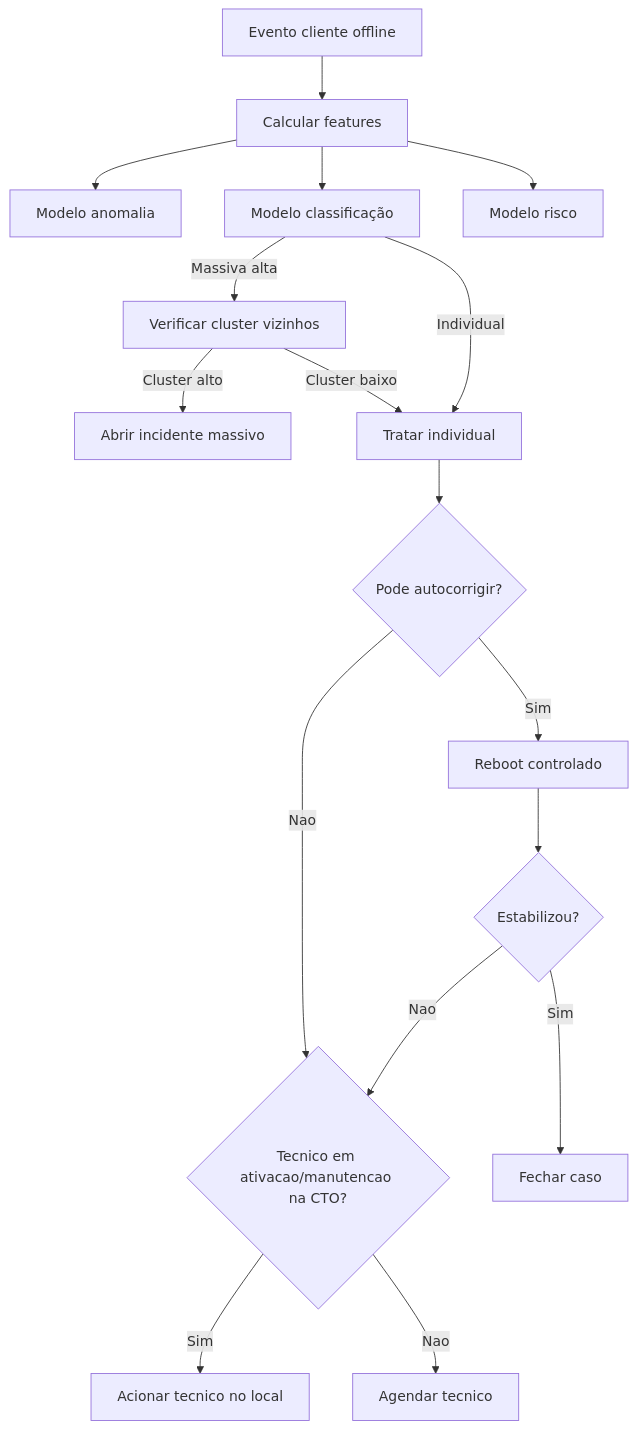
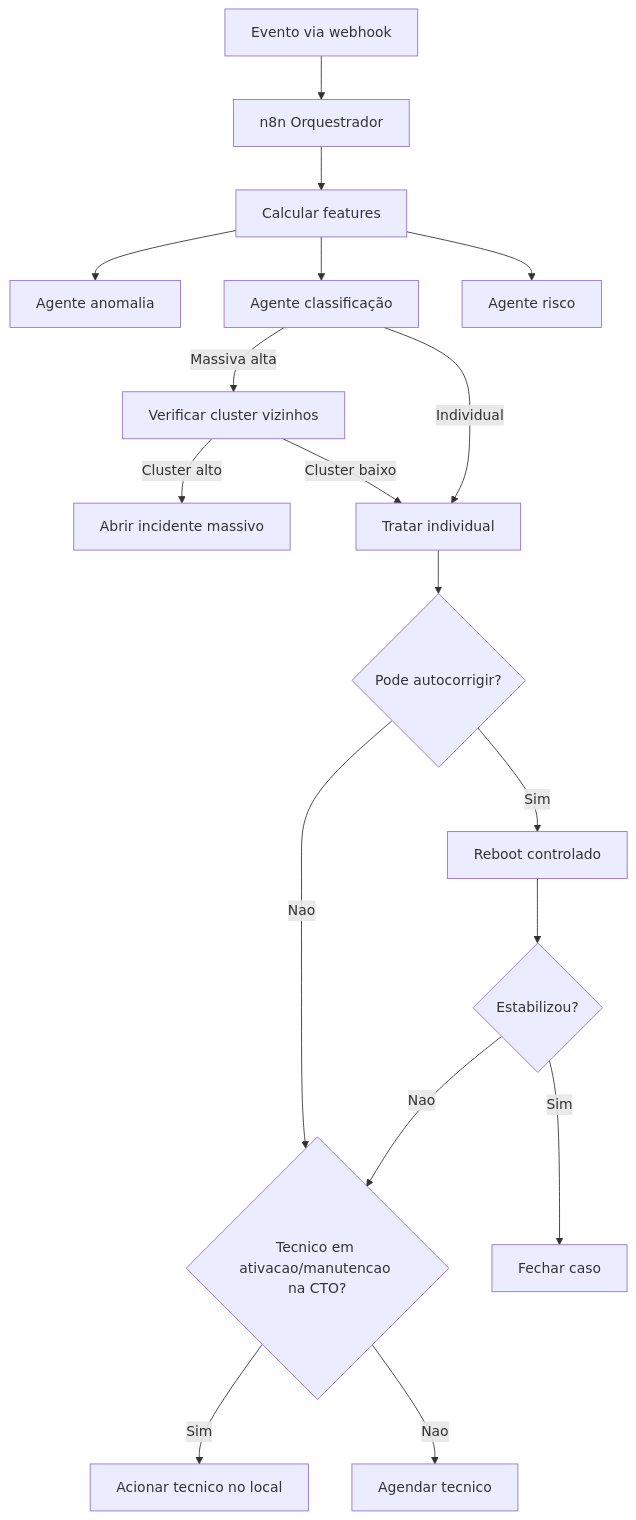
One commit to murylomarques/AI_Network_Guardian changed the second of 5 diagrams in README.md. Above: the diagram before and after it, drawn with Mermaid. The commit also changed other lines of this file, not shown here.

````diff
--- a/README.md
+++ b/README.md
@@ -148,23 +151,24 @@
 ```mermaid
 flowchart TD
-  S[Evento cliente offline] --> F1[Calcular features]
-  F1 --> M1[Modelo anomalia]
-  F1 --> M2[Modelo classificação]
-  F1 --> M3[Modelo risco]
+  S[Evento via webhook] --> N8N[n8n Orquestrador]
+  N8N --> F1[Calcular features]
+  F1 --> M1[Agente anomalia]
+  F1 --> M2[Agente classificação]
+  F1 --> M3[Agente risco]
 
   M2 -->|Massiva alta| X1[Verificar cluster vizinhos]
   X1 -->|Cluster alto| A1[Abrir incidente massivo]
   X1 -->|Cluster baixo| I1[Tratar individual]
 
   M2 -->|Individual| I1
 
   I1 --> R1{Pode autocorrigir?}
   R1 -->|Sim| B1[Reboot controlado]
   R1 -->|Nao| T0{Tecnico em ativacao/manutencao na CTO?}
   T0 -->|Sim| L1[Acionar tecnico no local]
   T0 -->|Nao| T1[Agendar tecnico]
 
   B1 --> V1{Estabilizou?}
   V1 -->|Sim| C1[Fechar caso]
   V1 -->|Nao| T0
 ```
````
